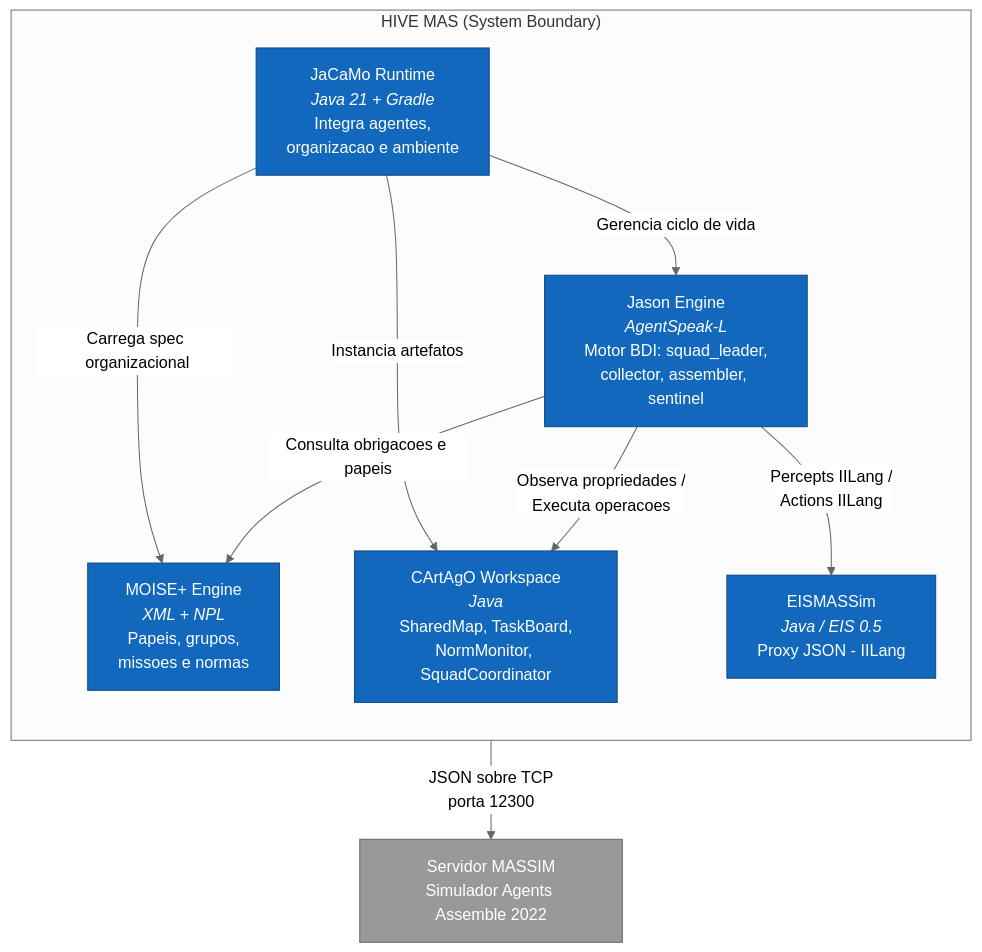
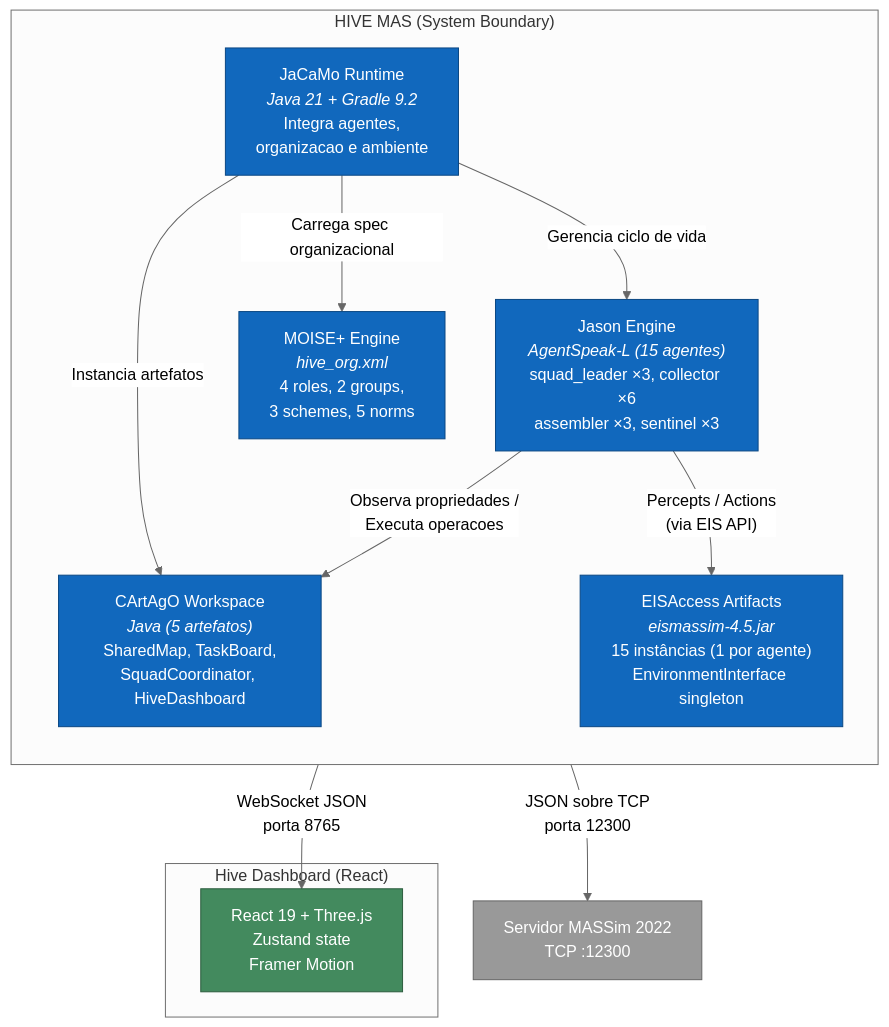
One commit to MarceloNG/PCS5703-MAS-HIVE changed the second of 19 diagrams in doc/ARCH.md. Above: the diagram before and after it, drawn with Mermaid (neutral theme). The commit also changed other lines of this file and 33 other files, not shown here.

````diff
--- a/doc/ARCH.md
+++ b/doc/ARCH.md
@@ -47,32 +45,37 @@
 ```mermaid
 graph TB
     subgraph HIVE_MAS["HIVE MAS (System Boundary)"]
         direction TB
-        JACAMO["JaCaMo Runtime<br/><i>Java 21 + Gradle</i><br/>Integra agentes,<br/>organizacao e ambiente"]
+        JACAMO["JaCaMo Runtime<br/><i>Java 21 + Gradle 9.2</i><br/>Integra agentes,<br/>organizacao e ambiente"]
 
-        JASON["Jason Engine<br/><i>AgentSpeak-L</i><br/>Motor BDI: squad_leader,<br/>collector, assembler, sentinel"]
+        JASON["Jason Engine<br/><i>AgentSpeak-L (15 agentes)</i><br/>squad_leader ×3, collector ×6<br/>assembler ×3, sentinel ×3"]
 
-        MOISE["MOISE+ Engine<br/><i>XML + NPL</i><br/>Papeis, grupos,<br/>missoes e normas"]
+        MOISE["MOISE+ Engine<br/><i>hive_org.xml</i><br/>4 roles, 2 groups,<br/>3 schemes, 5 norms"]
 
-        CARTAGO["CArtAgO Workspace<br/><i>Java</i><br/>SharedMap, TaskBoard,<br/>NormMonitor, SquadCoordinator"]
+        CARTAGO["CArtAgO Workspace<br/><i>Java (5 artefatos)</i><br/>SharedMap, TaskBoard,<br/>SquadCoordinator, HiveDashboard"]
 
-        EISMASSIM["EISMASSim<br/><i>Java / EIS 0.5</i><br/>Proxy JSON - IILang"]
+        EISMASSIM["EISAccess Artifacts<br/><i>eismassim-4.5.jar</i><br/>15 instâncias (1 por agente)<br/>EnvironmentInterface singleton"]
     end
 
-    MASSIM_EXT["Servidor MASSIM<br/>Simulador Agents Assemble 2022"]
+    subgraph Dashboard_App["Hive Dashboard (React)"]
+        DASH_UI["React 19 + Three.js<br/>Zustand state<br/>Framer Motion"]
+    end
+
+    MASSIM_EXT["Servidor MASSim 2022<br/>TCP :12300"]
 
     JACAMO -->|"Gerencia ciclo de vida"| JASON
     JACAMO -->|"Carrega spec organizacional"| MOISE
     JACAMO -->|"Instancia artefatos"| CARTAGO
-    JASON -->|"Consulta obrigacoes e papeis"| MOISE
     JASON -->|"Observa propriedades /<br/>Executa operacoes"| CARTAGO
-    JASON -->|"Percepts IILang /<br/>Actions IILang"| EISMASSIM
+    JASON -->|"Percepts / Actions<br/>(via EIS API)"| EISMASSIM
     EISMASSIM -->|"JSON sobre TCP<br/>porta 12300"| MASSIM_EXT
+    CARTAGO -->|"WebSocket JSON<br/>porta 8765"| DASH_UI
 
     style JACAMO fill:#1168bd,color:#fff,stroke:#0b4884
     style JASON fill:#1168bd,color:#fff,stroke:#0b4884
     style MOISE fill:#1168bd,color:#fff,stroke:#0b4884
     style CARTAGO fill:#1168bd,color:#fff,stroke:#0b4884
     style EISMASSIM fill:#1168bd,color:#fff,stroke:#0b4884
+    style DASH_UI fill:#438a5e,color:#fff,stroke:#2d5e3f
     style MASSIM_EXT fill:#999,color:#fff,stroke:#666
 ```
````
